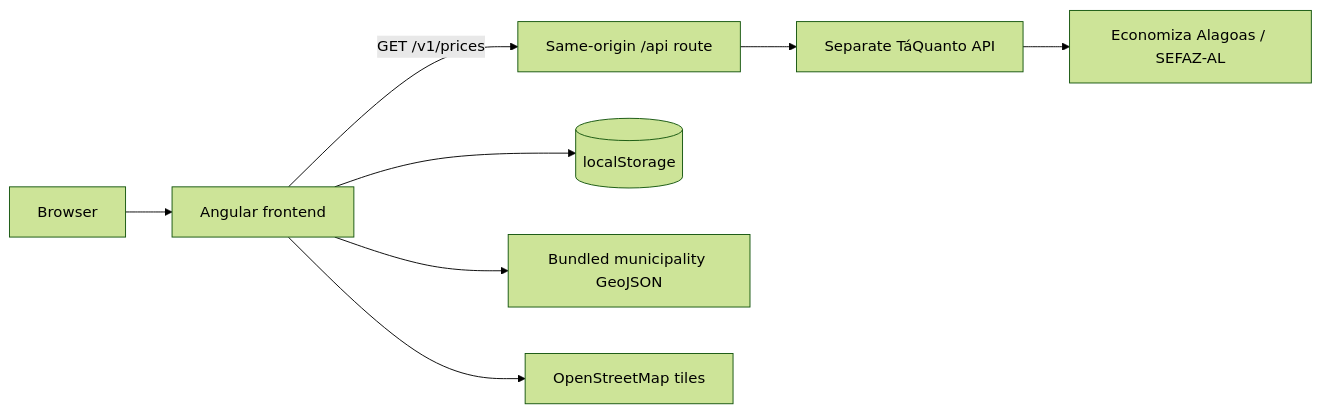
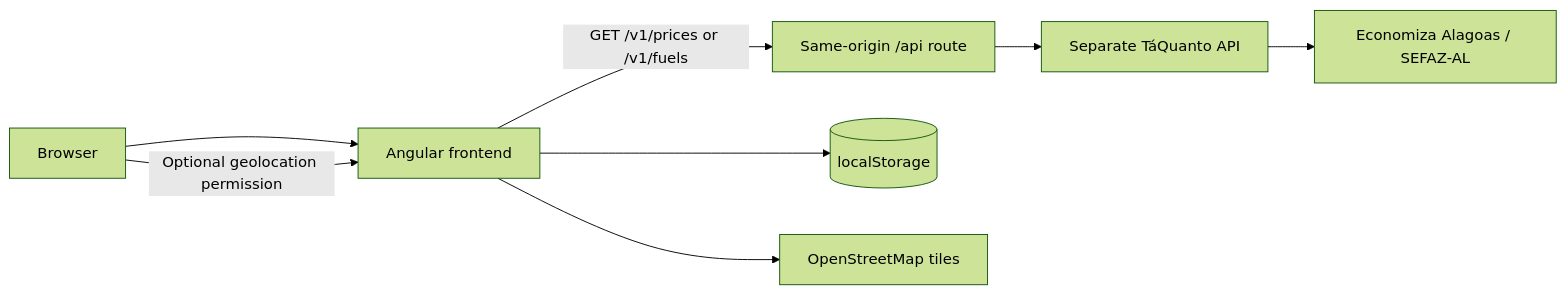
The diagram in README.md (williamroberttv/taquanto), drawn with Mermaid (forest theme) before and after one commit. The commit also changed other lines of this file and 6 other files, not shown here.

````diff
--- a/README.md
+++ b/README.md
@@ -76,10 +83,10 @@
 ```mermaid
 flowchart LR
     Visitor[Browser] --> App[Angular frontend]
-    App -->|GET /v1/prices| Gateway[Same-origin /api route]
+    App -->|GET /v1/prices or /v1/fuels| Gateway[Same-origin /api route]
     Gateway --> API[Separate TáQuanto API]
     API --> Source[Economiza Alagoas / SEFAZ-AL]
     App --> Storage[(localStorage)]
-    App --> GeoJSON[Bundled municipality GeoJSON]
+    Visitor -->|Optional geolocation permission| App
     App --> OSM[OpenStreetMap tiles]
 ```
````
